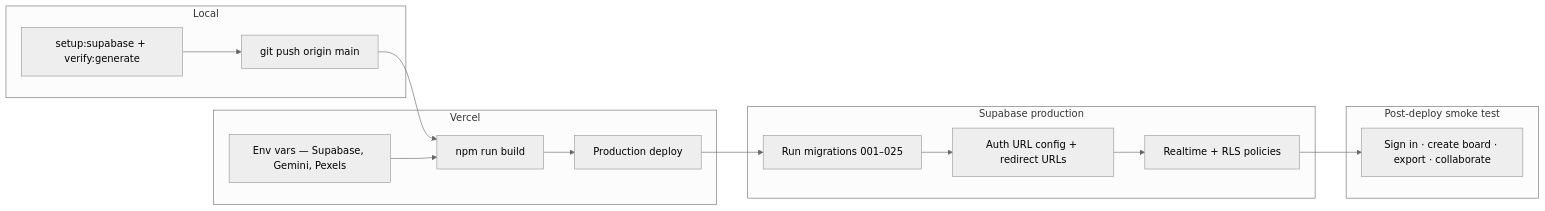
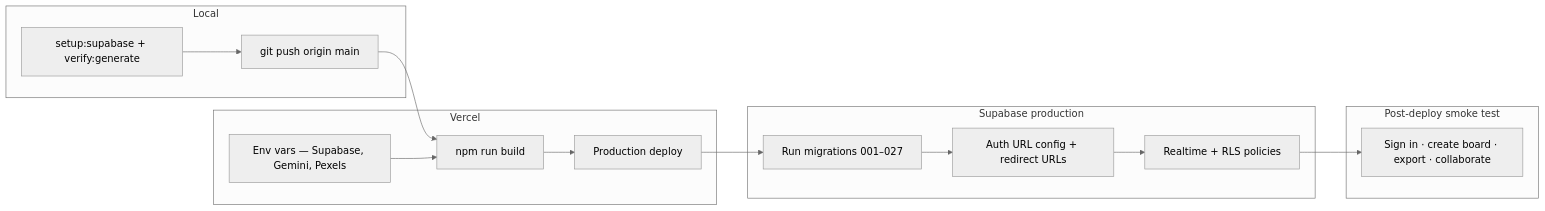
The diagram in docs/DEPLOY.md (NehangPatel23/Moodboard-AI), drawn with Mermaid (neutral theme) before and after one commit. The commit also changed other lines of this file and 35 other files, not shown here.

````diff
--- a/docs/DEPLOY.md
+++ b/docs/DEPLOY.md
@@ -11,32 +11,32 @@
 ```mermaid
 flowchart LR
   subgraph local ["Local"]
     test["setup:supabase + verify:generate"]
     push["git push origin main"]
   end
 
   subgraph vercel ["Vercel"]
     build["npm run build"]
     env["Env vars — Supabase, Gemini, Pexels"]
     deploy["Production deploy"]
   end
 
   subgraph supabase ["Supabase production"]
-    mig["Run migrations 001–025"]
+    mig["Run migrations 001–027"]
     urls["Auth URL config + redirect URLs"]
     rt["Realtime + RLS policies"]
   end
 
   subgraph verify ["Post-deploy smoke test"]
     smoke["Sign in · create board · export · collaborate"]
   end
 
   test --> push
   push --> build
   env --> build
   build --> deploy
   deploy --> mig
   mig --> urls
   urls --> rt
   rt --> smoke
 ```
````
